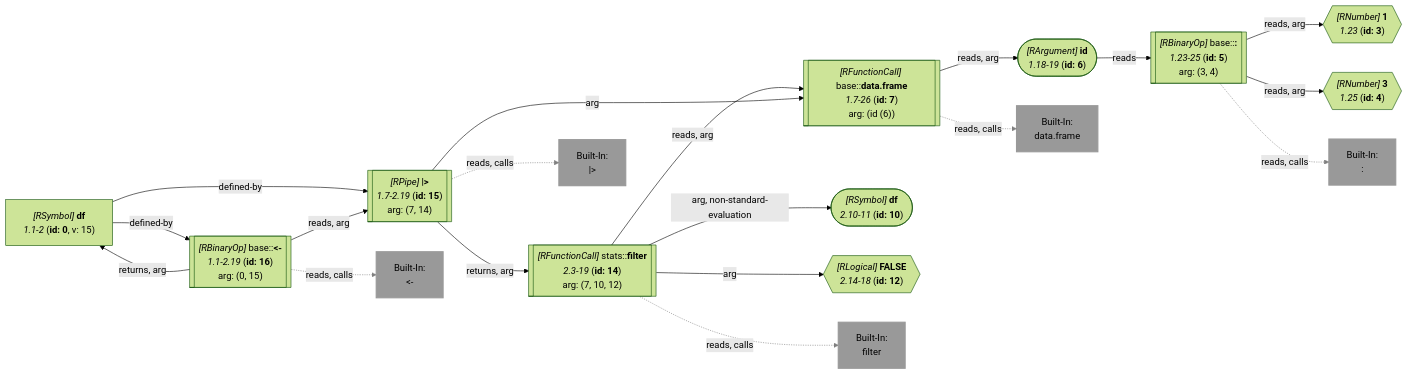
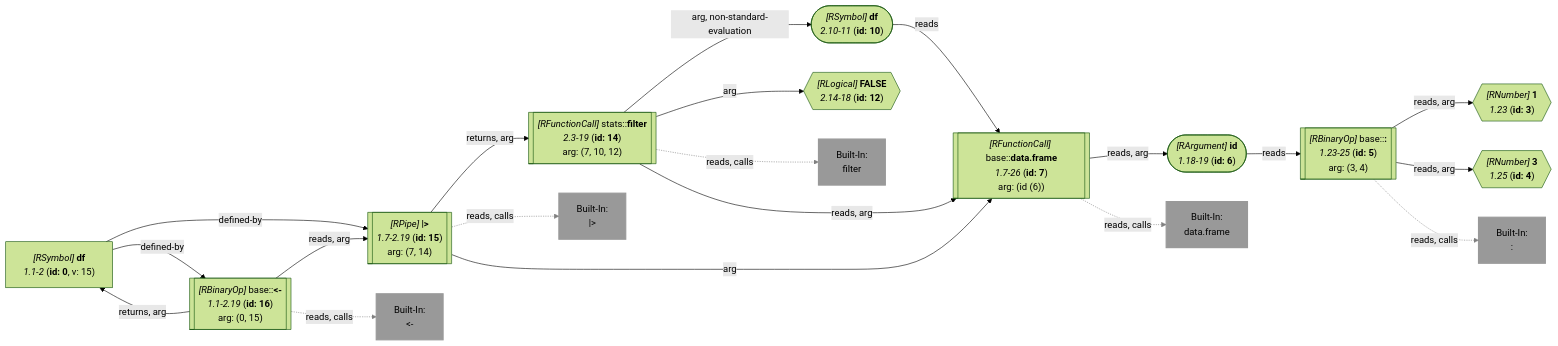
The second of 2 diagrams in wiki/[Query] Abstract Interpretation.md (flowr-analysis/flowr), drawn with Mermaid (forest theme) before and after one commit. The commit also changed other lines of this file and 43 other files, not shown here.

````diff
--- a/wiki/[Query] Abstract Interpretation.md
+++ b/wiki/[Query] Abstract Interpretation.md
@@ -321,72 +321,72 @@
 ```mermaid
 flowchart LR
     3{{"`*#91;RNumber#93;* **1**
       *1.23* (**id: 3**)`"}}
    %% No edges found for 3
     4{{"`*#91;RNumber#93;* **3**
       *1.25* (**id: 4**)`"}}
    %% No edges found for 4
     5[["`*#91;RBinaryOp#93;* base#58;#58;**#58;**
       *1.23-25* (**id: 5**)
     arg: (3, 4)`"]]
     built-in::["`Built-In:
 #58;`"]
     style built-in:: stroke:gray,fill:gray,stroke-width:2px,opacity:.8;
     6(["`*#91;RArgument#93;* **id**
       *1.18-19* (**id: 6**)`"])
     7[["`*#91;RFunctionCall#93;* base#58;#58;**data.frame**
       *1.7-26* (**id: 7**)
     arg: (id (6))`"]]
     built-in:data.frame["`Built-In:
 data.frame`"]
     style built-in:data.frame stroke:gray,fill:gray,stroke-width:2px,opacity:.8;
     10(["`*#91;RSymbol#93;* **df**
       *2.10-11* (**id: 10**)`"])
-   %% No edges found for 10
     12{{"`*#91;RLogical#93;* **FALSE**
       *2.14-18* (**id: 12**)`"}}
    %% No edges found for 12
     14[["`*#91;RFunctionCall#93;* stats#58;#58;**filter**
       *2.3-19* (**id: 14**)
     arg: (7, 10, 12)`"]]
     built-in:filter["`Built-In:
 filter`"]
     style built-in:filter stroke:gray,fill:gray,stroke-width:2px,opacity:.8;
     15[["`*#91;RPipe#93;* **|#62;**
       *1.7-2.19* (**id: 15**)
     arg: (7, 14)`"]]
     built-in:__["`Built-In:
 |#62;`"]
     style built-in:__ stroke:gray,fill:gray,stroke-width:2px,opacity:.8;
     0["`*#91;RSymbol#93;* **df**
       *1.1-2* (**id: 0**, v: 15)`"]
     16[["`*#91;RBinaryOp#93;* base#58;#58;**#60;#45;**
       *1.1-2.19* (**id: 16**)
     arg: (0, 15)`"]]
     built-in:_-["`Built-In:
 #60;#45;`"]
     style built-in:_- stroke:gray,fill:gray,stroke-width:2px,opacity:.8;
     5 -->|"reads, arg"| 3
     5 -->|"reads, arg"| 4
     5 -.->|"reads, calls"| built-in::
     linkStyle 2 stroke:gray;
     6 -->|"reads"| 5
     7 -->|"reads, arg"| 6
     7 -.->|"reads, calls"| built-in:data.frame
     linkStyle 5 stroke:gray;
+    10 -->|"reads"| 7
     14 -->|"arg, non-standard-evaluation"| 10
     14 -->|"arg"| 12
     14 -->|"reads, arg"| 7
     14 -.->|"reads, calls"| built-in:filter
-    linkStyle 9 stroke:gray;
+    linkStyle 10 stroke:gray;
     15 -->|"arg"| 7
     15 -->|"returns, arg"| 14
     15 -.->|"reads, calls"| built-in:__
-    linkStyle 12 stroke:gray;
+    linkStyle 13 stroke:gray;
     0 -->|"defined-by"| 15
     0 -->|"defined-by"| 16
     16 -->|"reads, arg"| 15
     16 -->|"returns, arg"| 0
     16 -.->|"reads, calls"| built-in:_-
-    linkStyle 17 stroke:gray;
+    linkStyle 18 stroke:gray;
 ```
````
